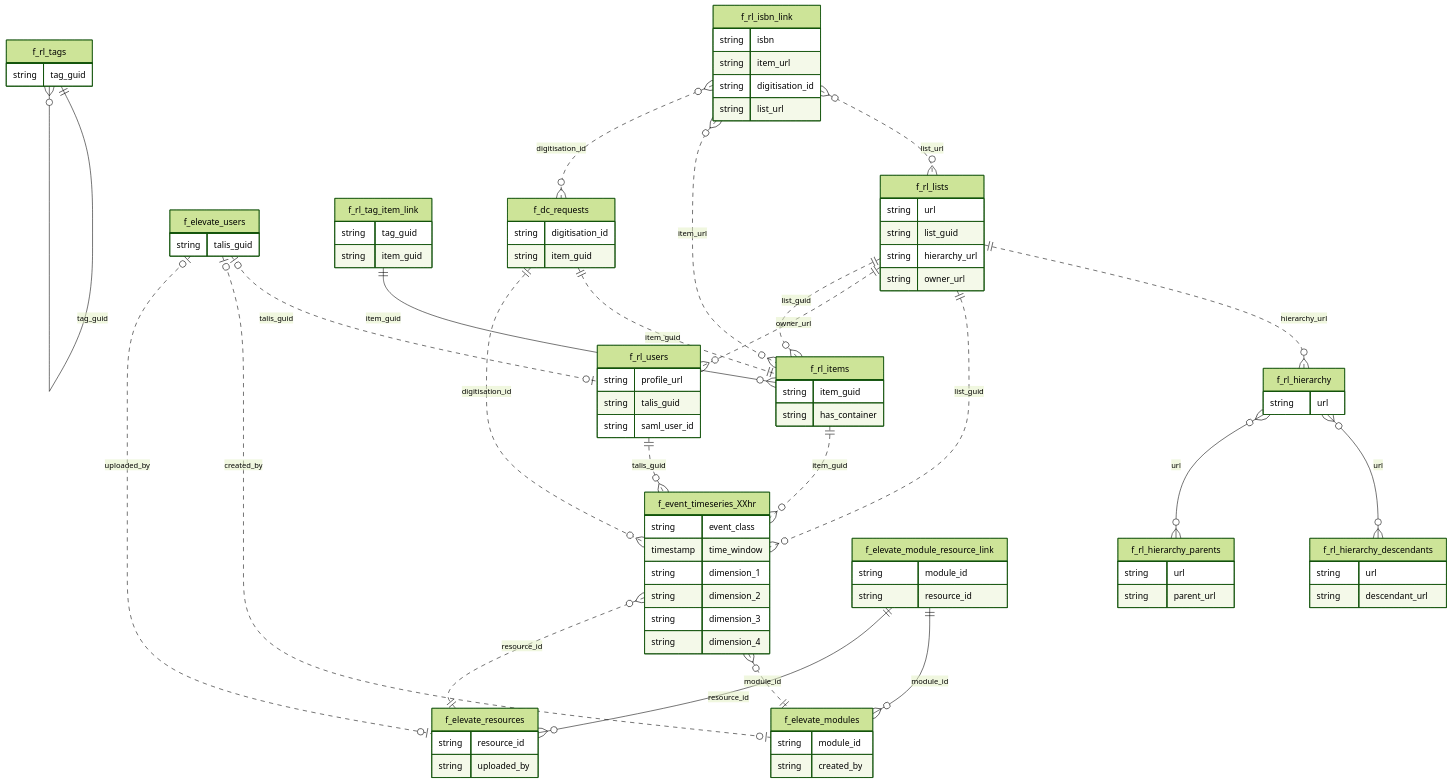
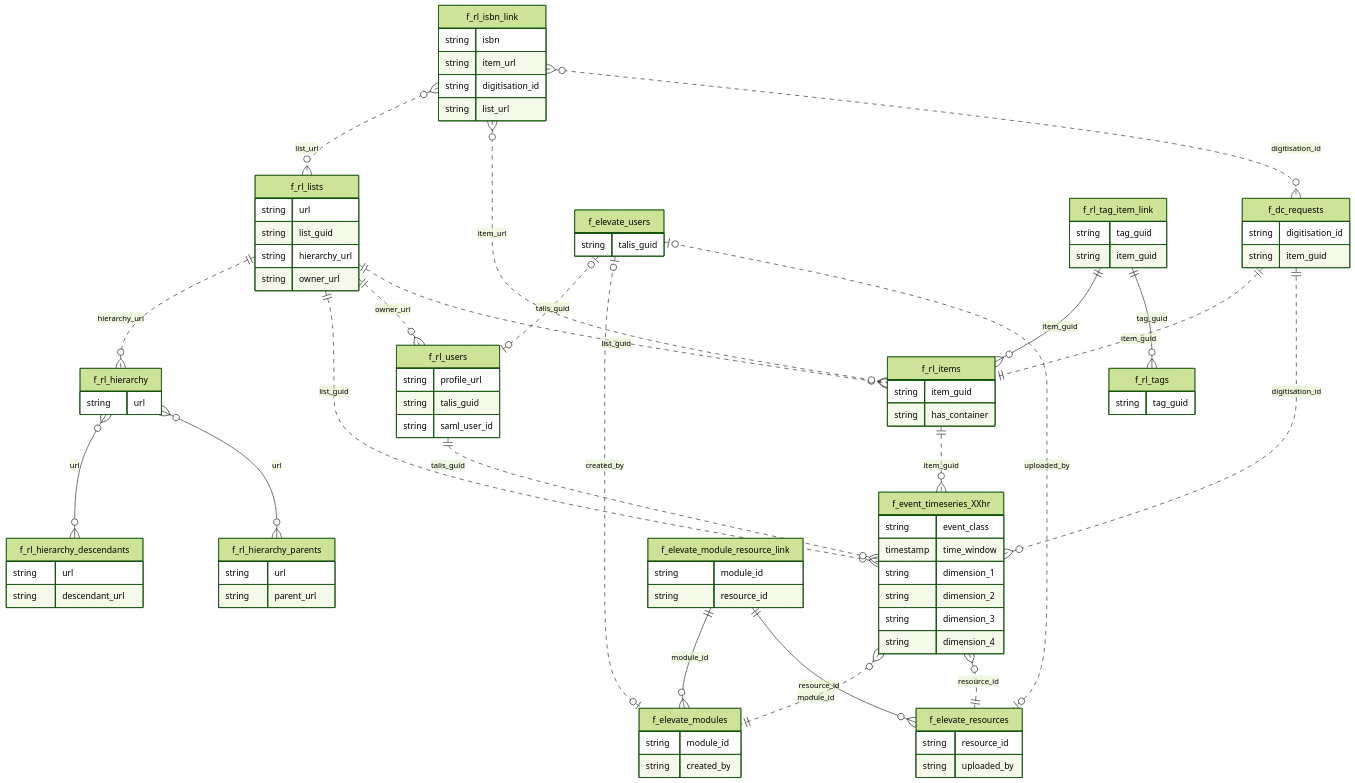
One commit to talis/advanced-mis changed the diagram in topics/entity-relationships.md. Above: the diagram before and after it, drawn with Mermaid (forest theme).

Commit message:
fix tags - item relationship

```diff
--- a/topics/entity-relationships.md
+++ b/topics/entity-relationships.md
@@ -125,7 +125,7 @@
         string item_guid
     }
     f_rl_tag_item_link ||--o{ f_rl_items : item_guid
-    f_rl_tags ||--o{ f_rl_tags : tag_guid
+    f_rl_tag_item_link ||--o{ f_rl_tags : tag_guid
 
     f_rl_tags {
         string tag_guid
```
